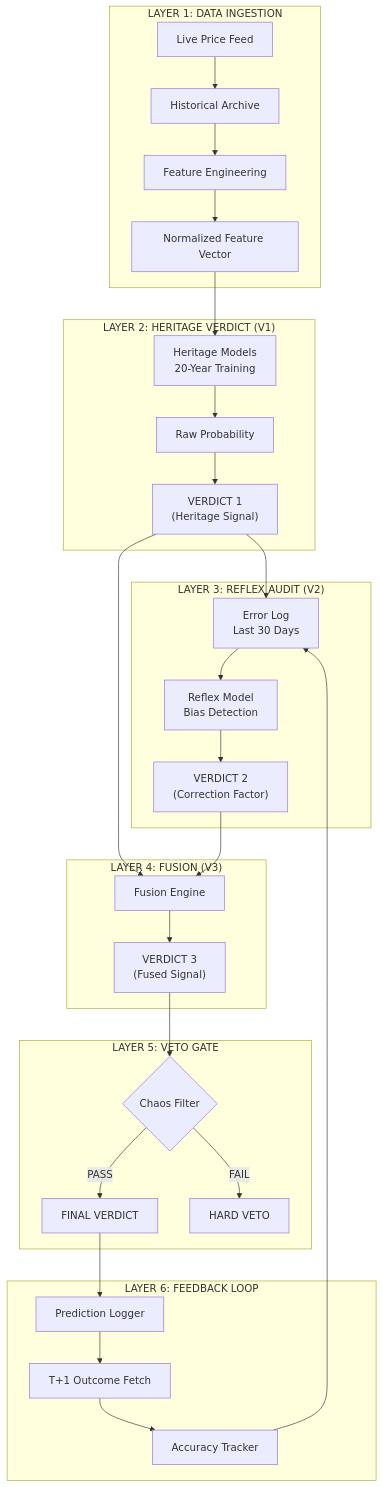
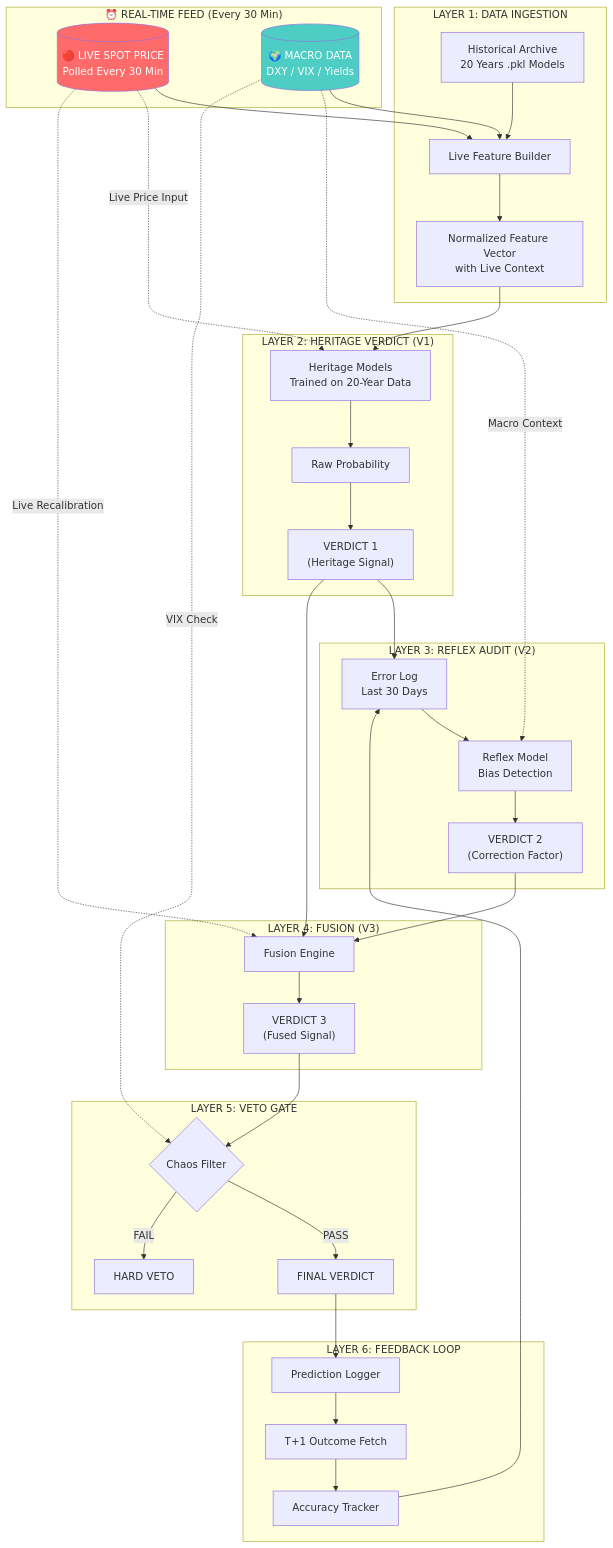
One commit to pravindev666/Tradyx-Aleph changed the first of 3 diagrams in README.md. Above: the diagram before and after it, drawn with Mermaid. The commit also changed other lines of this file, not shown here.

````diff
--- a/README.md
+++ b/README.md
@@ -11,39 +11,53 @@
 ```mermaid
 flowchart TB
+    subgraph LAYER0["⏰ REAL-TIME FEED (Every 30 Min)"]
+        SPOT[("🔴 LIVE SPOT PRICE<br/>Polled Every 30 Min")]
+        MACRO[("🌍 MACRO DATA<br/>DXY / VIX / Yields")]
+    end
+
     subgraph LAYER1["LAYER 1: DATA INGESTION"]
-        A1[Live Price Feed] --> B1[Historical Archive]
-        B1 --> C1[Feature Engineering]
-        C1 --> D1[Normalized Feature Vector]
+        A1[Historical Archive<br/>20 Years .pkl Models]
+        SPOT --> B1[Live Feature Builder]
+        MACRO --> B1
+        A1 --> B1
+        B1 --> C1[Normalized Feature Vector<br/>with Live Context]
     end
 
     subgraph LAYER2["LAYER 2: HERITAGE VERDICT (V1)"]
-        D1 --> E1[Heritage Models<br/>20-Year Training]
+        C1 --> E1[Heritage Models<br/>Trained on 20-Year Data]
+        SPOT -.->|"Live Price Input"| E1
         E1 --> F1[Raw Probability]
         F1 --> G1["VERDICT 1<br/>(Heritage Signal)"]
     end
 
     subgraph LAYER3["LAYER 3: REFLEX AUDIT (V2)"]
         G1 --> H1[Error Log<br/>Last 30 Days]
         H1 --> I1[Reflex Model<br/>Bias Detection]
+        MACRO -.->|"Macro Context"| I1
         I1 --> J1["VERDICT 2<br/>(Correction Factor)"]
     end
 
     subgraph LAYER4["LAYER 4: FUSION (V3)"]
         G1 --> K1[Fusion Engine]
         J1 --> K1
+        SPOT -.->|"Live Recalibration"| K1
         K1 --> L1["VERDICT 3<br/>(Fused Signal)"]
     end
 
     subgraph LAYER5["LAYER 5: VETO GATE"]
         L1 --> M1{Chaos Filter}
+        MACRO -.->|"VIX Check"| M1
         M1 -->|PASS| N1[FINAL VERDICT]
         M1 -->|FAIL| O1[HARD VETO]
     end
 
     subgraph LAYER6["LAYER 6: FEEDBACK LOOP"]
         N1 --> P1[Prediction Logger]
         P1 --> Q1[T+1 Outcome Fetch]
         Q1 --> R1[Accuracy Tracker]
         R1 --> H1
     end
+
+    style SPOT fill:#ff6b6b,color:#fff
+    style MACRO fill:#4ecdc4,color:#fff
 ```
````
